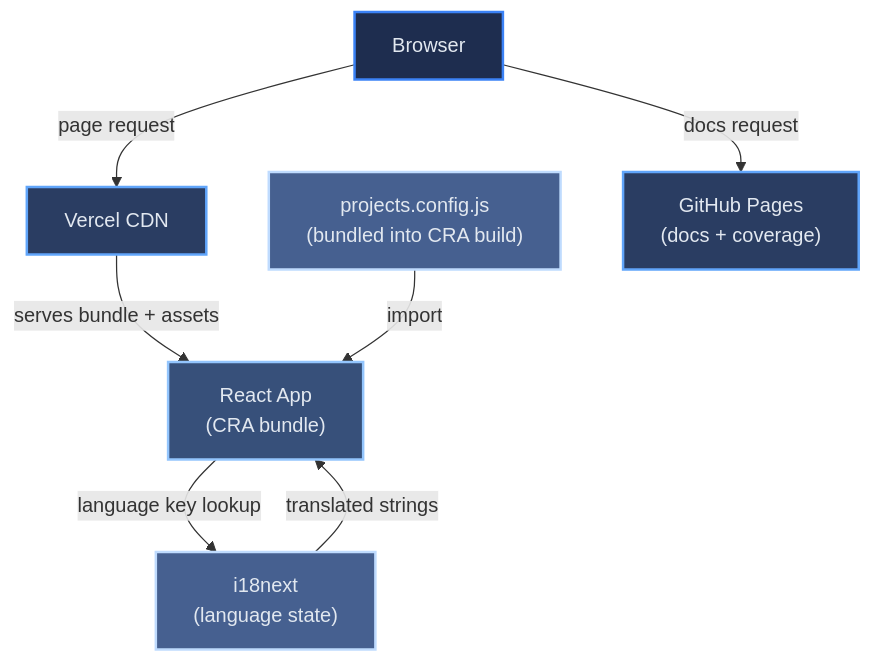
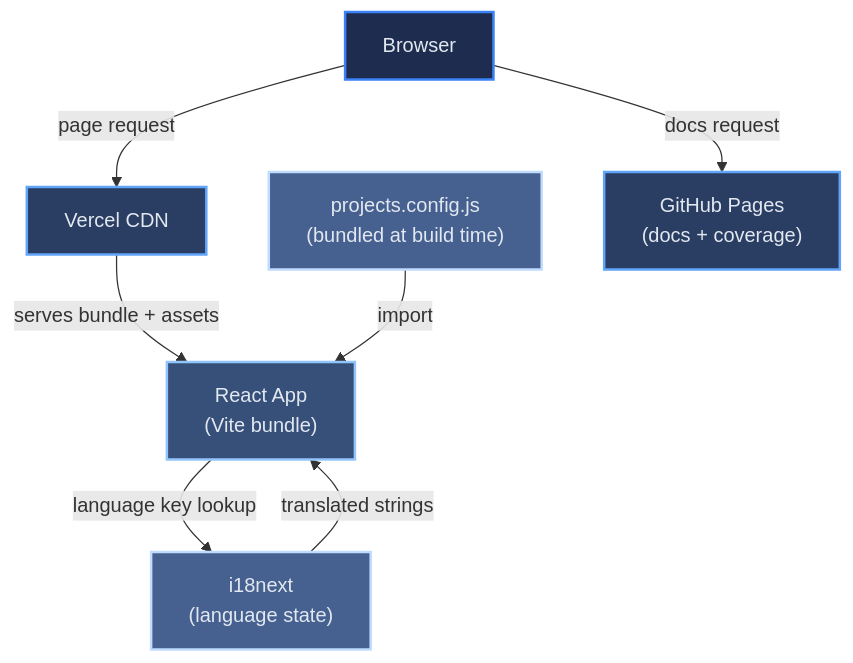
The diagram in docs/architecture/01-introduction-and-goals.md (Keglev/my-portfolio), drawn with Mermaid before and after one commit. The commit also changed other lines of this file and 16 other files, not shown here.

````diff
--- a/docs/architecture/01-introduction-and-goals.md
+++ b/docs/architecture/01-introduction-and-goals.md
@@ -36,26 +37,26 @@
 ```mermaid
 graph TD
     Browser["Browser"]
     Vercel["Vercel CDN"]
-    ReactApp["React App\n(CRA bundle)"]
+    ReactApp["React App\n(Vite bundle)"]
     i18next["i18next\n(language state)"]
-    ProjectsConfig["projects.config.js\n(bundled into CRA build)"]
+    ProjectsConfig["projects.config.js\n(bundled at build time)"]
     GHPages["GitHub Pages\n(docs + coverage)"]
 
     Browser -->|"page request"| Vercel
     Browser -->|"docs request"| GHPages
     Vercel -->|"serves bundle + assets"| ReactApp
     ReactApp -->|"language key lookup"| i18next
     i18next -->|"translated strings"| ReactApp
     ProjectsConfig -->|"import"| ReactApp
 
     class Browser l1
     class Vercel,GHPages l2
     class ReactApp l3
     class i18next,ProjectsConfig l4
 
     classDef l1 fill:#1e2d4f,stroke:#3B82F6,stroke-width:2px,color:#E2E8F0
     classDef l2 fill:#2a3d62,stroke:#60A5FA,stroke-width:2px,color:#E2E8F0
     classDef l3 fill:#37507a,stroke:#93C5FD,stroke-width:2px,color:#E2E8F0
     classDef l4 fill:#466090,stroke:#BFDBFE,stroke-width:2px,color:#E2E8F0
 ```
````
